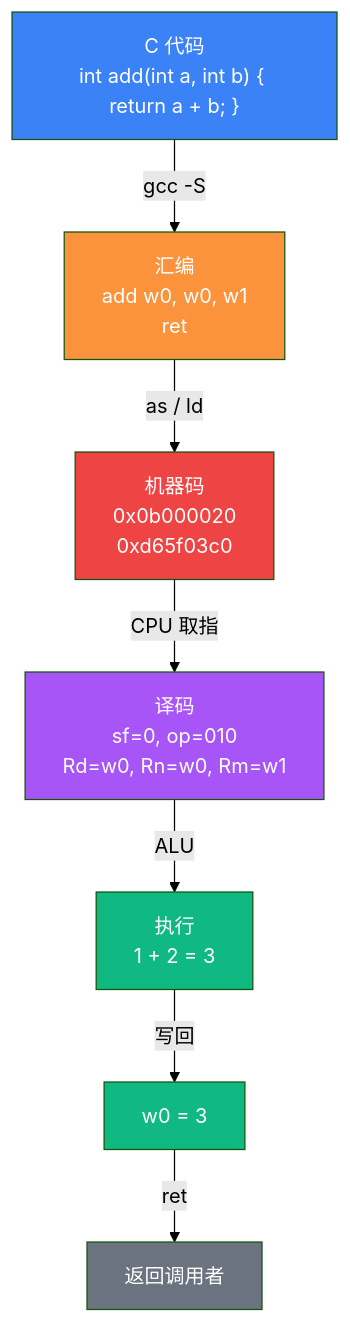
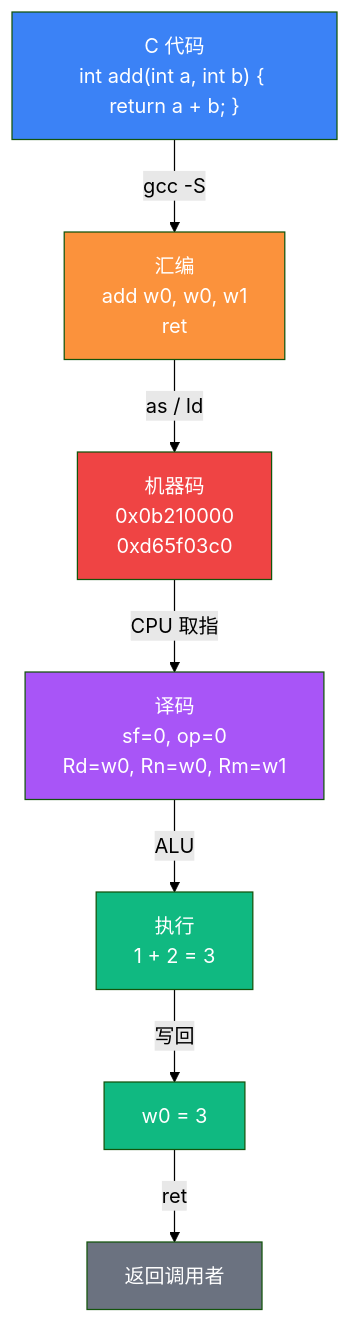
One commit to zeegoo/xren.ren changed the fourth of 4 diagrams in xren/docs/yuanying/15-instruction-set.md. Above: the diagram before and after it, drawn with Mermaid (forest theme). The commit also changed other lines of this file and 216 other files, not shown here.

````diff
--- a/xren/docs/yuanying/15-instruction-set.md
+++ b/xren/docs/yuanying/15-instruction-set.md
@@ -426,18 +433,18 @@
 ```mermaid
 flowchart TB
     A["C 代码<br/>int add(int a, int b) { return a + b; }"] 
     A -->|gcc -S| B["汇编<br/>add w0, w0, w1<br/>ret"]
-    B -->|as / ld| C["机器码<br/>0x0b000020<br/>0xd65f03c0"]
-    C -->|CPU 取指| D["译码<br/>sf=0, op=010<br/>Rd=w0, Rn=w0, Rm=w1"]
+    B -->|as / ld| C["机器码<br/>0x0b210000<br/>0xd65f03c0"]
+    C -->|CPU 取指| D["译码<br/>sf=0, op=0<br/>Rd=w0, Rn=w0, Rm=w1"]
     D -->|ALU| E["执行<br/>1 + 2 = 3"]
     E -->|写回| F["w0 = 3"]
     F -->|ret| G["返回调用者"]
 
     style A fill:#3b82f6,color:#fff
     style B fill:#fb923c,color:#fff
     style C fill:#ef4444,color:#fff
     style D fill:#a855f7,color:#fff
     style E fill:#10b981,color:#fff
     style F fill:#10b981,color:#fff
     style G fill:#6b7280,color:#fff
 ```
````
